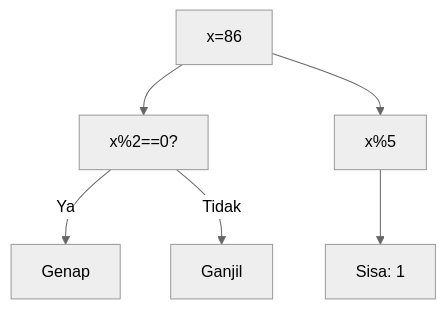
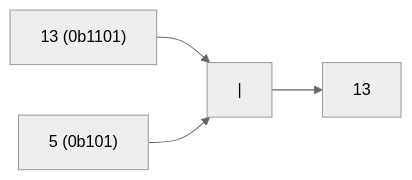
Before and after one commit to amnahwaida/OSNK_INF_PREP: the ninth of 25 diagrams in part-c-pemahaman-cpp/06-bitwise/latihan/set-09.md, drawn with Mermaid (neutral theme). The commit also changed other lines of this file and 71 other files, not shown here.

````diff
--- a/part-c-pemahaman-cpp/06-bitwise/latihan/set-09.md
+++ b/part-c-pemahaman-cpp/06-bitwise/latihan/set-09.md
@@ -178,8 +234,6 @@
 ```mermaid
-graph TD
-A["x=86"] --> B["x%2==0?"]
-B -- Ya --> C["Genap"]
-B -- Tidak --> D["Ganjil"]
-A --> E["x%5"]
-E --> F["Sisa: 1"]
+graph LR
+A["13 (0b1101)"] --> C["|"]
+B["5 (0b101)"] --> C
+C --> D["13"]
 ```
````
